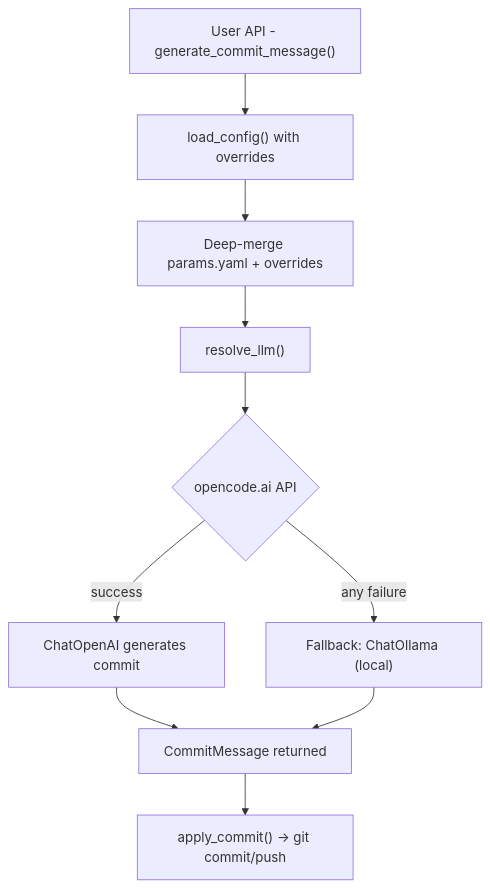
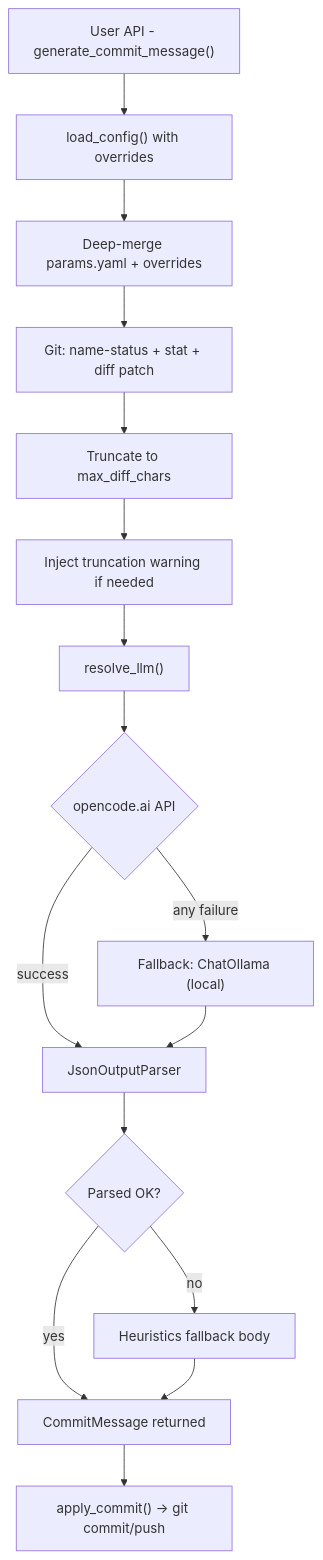
One commit to brandon-benge/langchain_autocommit changed the diagram in README.md. Above: the diagram before and after it, drawn with Mermaid. The commit also changed other lines of this file and 10 other files, not shown here.

````diff
--- a/README.md
+++ b/README.md
@@ -262,12 +278,18 @@
 ```mermaid
 flowchart TD
     A["User API - generate_commit_message()"] --> B["load_config() with overrides"]
     B --> C["Deep-merge params.yaml + overrides"]
-    C --> D["resolve_llm()"]
-    D --> E{"opencode.ai API"}
-    E -->|"success"| F["ChatOpenAI generates commit"]
-    E -->|"any failure"| G["Fallback: ChatOllama (local)"]
-    F --> H["CommitMessage returned"]
-    G --> H
-    H --> I["apply_commit() → git commit/push"]
+    C --> D["Git: name-status + stat + diff patch"]
+    D --> E["Truncate to max_diff_chars"]
+    E --> F["Inject truncation warning if needed"]
+    F --> G["resolve_llm()"]
+    G --> H{"opencode.ai API"}
+    H -->|"success"| I["JsonOutputParser"]
+    H -->|"any failure"| J["Fallback: ChatOllama (local)"]
+    J --> I
+    I --> K{"Parsed OK?"}
+    K -->|"yes"| L["CommitMessage returned"]
+    K -->|"no"| M["Heuristics fallback body"]
+    M --> L
+    L --> N["apply_commit() → git commit/push"]
 ```
````
